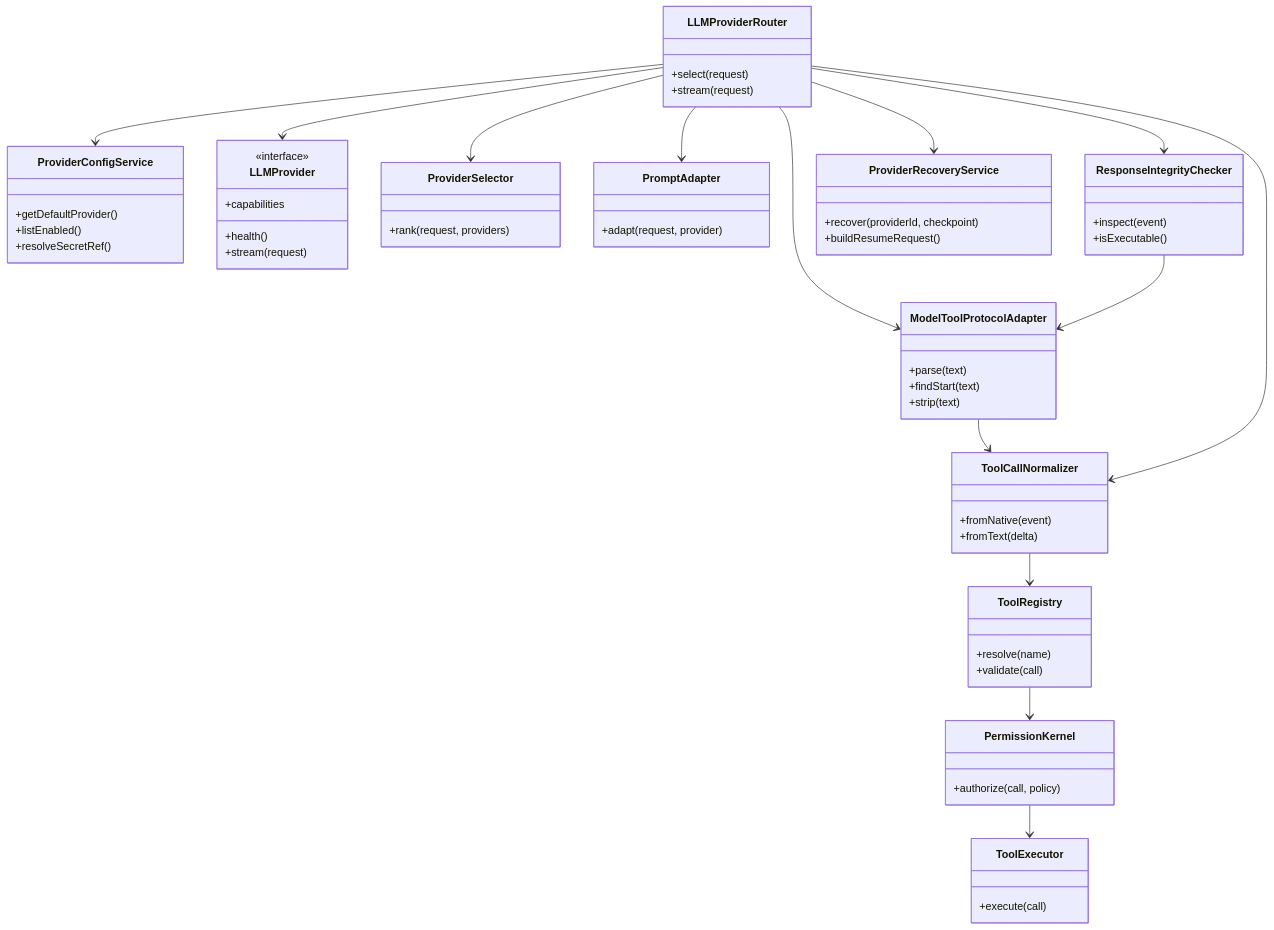
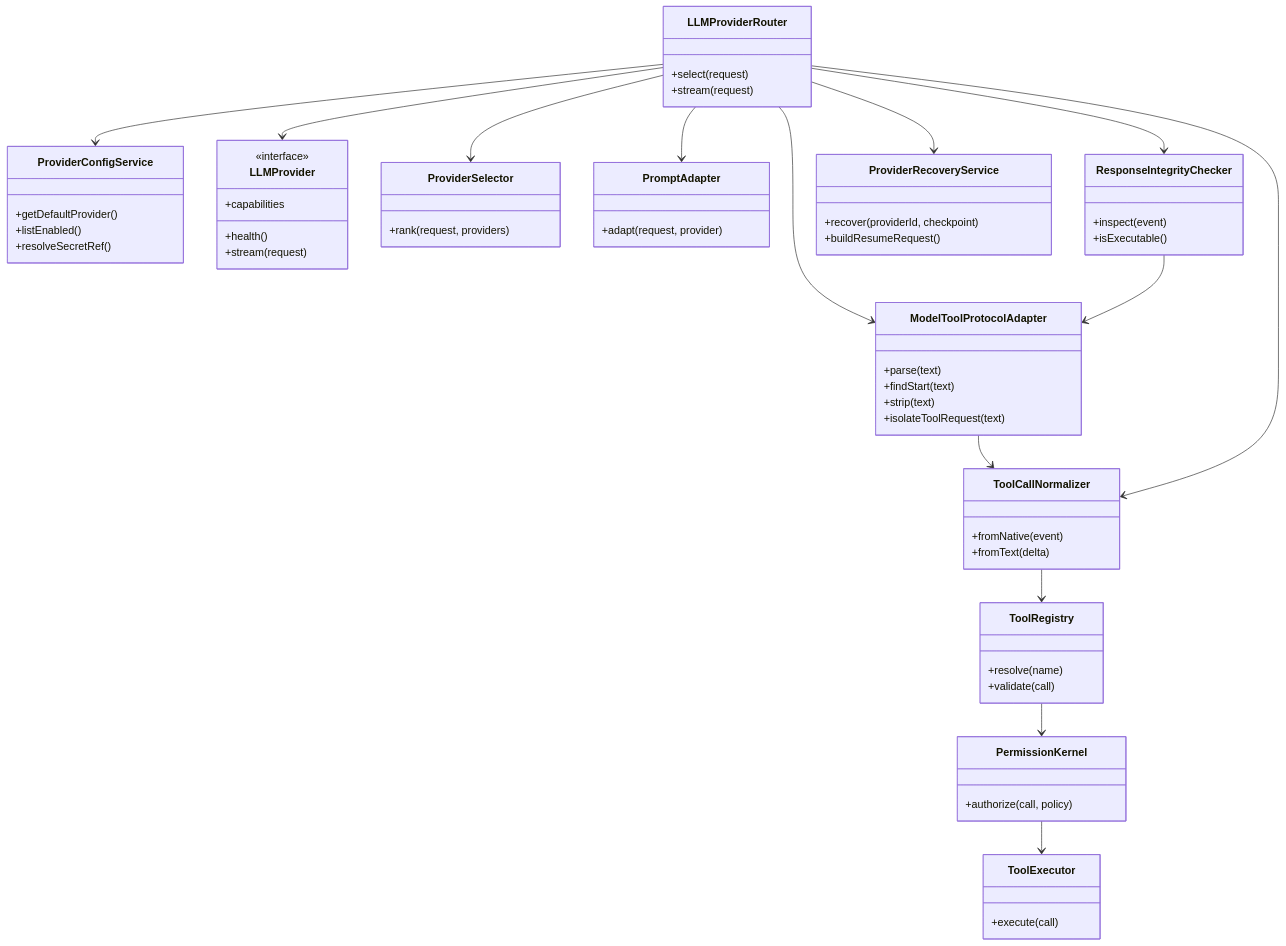
The fourth of 4 diagrams in docs/architecture/02-模型供应商与工具协议架构设计.md (FrankFdb/devseek), drawn with Mermaid before and after one commit. The commit also changed other lines of this file and 21 other files, not shown here.

````diff
--- a/docs/architecture/02-模型供应商与工具协议架构设计.md
+++ b/docs/architecture/02-模型供应商与工具协议架构设计.md
@@ -175,65 +176,66 @@
 ```mermaid
 classDiagram
   class LLMProviderRouter {
     +select(request)
     +stream(request)
   }
   class ProviderConfigService {
     +getDefaultProvider()
     +listEnabled()
     +resolveSecretRef()
   }
   class LLMProvider {
     <<interface>>
     +capabilities
     +health()
     +stream(request)
   }
   class ProviderSelector {
     +rank(request, providers)
   }
   class PromptAdapter {
     +adapt(request, provider)
   }
   class ResponseIntegrityChecker {
     +inspect(event)
     +isExecutable()
   }
   class ProviderRecoveryService {
     +recover(providerId, checkpoint)
     +buildResumeRequest()
   }
   class ToolCallNormalizer {
     +fromNative(event)
     +fromText(delta)
   }
   class ModelToolProtocolAdapter {
     +parse(text)
     +findStart(text)
     +strip(text)
+    +isolateToolRequest(text)
   }
   class ToolRegistry {
     +resolve(name)
     +validate(call)
   }
   class PermissionKernel {
     +authorize(call, policy)
   }
   class ToolExecutor {
     +execute(call)
   }
 
   LLMProviderRouter --> ProviderSelector
   LLMProviderRouter --> ProviderConfigService
   LLMProviderRouter --> PromptAdapter
   LLMProviderRouter --> LLMProvider
   LLMProviderRouter --> ResponseIntegrityChecker
   LLMProviderRouter --> ProviderRecoveryService
   LLMProviderRouter --> ModelToolProtocolAdapter
   ResponseIntegrityChecker --> ModelToolProtocolAdapter
   ModelToolProtocolAdapter --> ToolCallNormalizer
   LLMProviderRouter --> ToolCallNormalizer
   ToolCallNormalizer --> ToolRegistry
   ToolRegistry --> PermissionKernel
   PermissionKernel --> ToolExecutor
 ```
````
